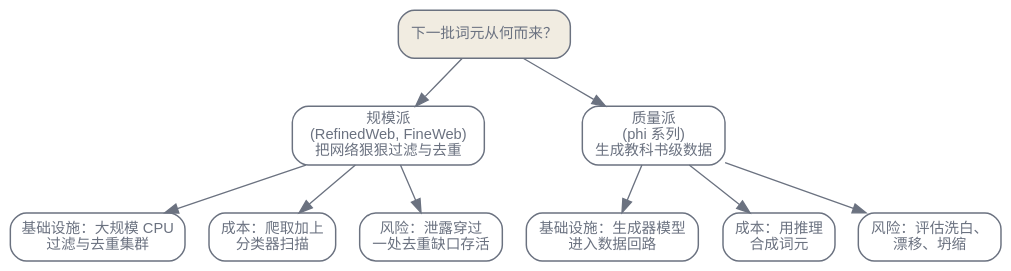
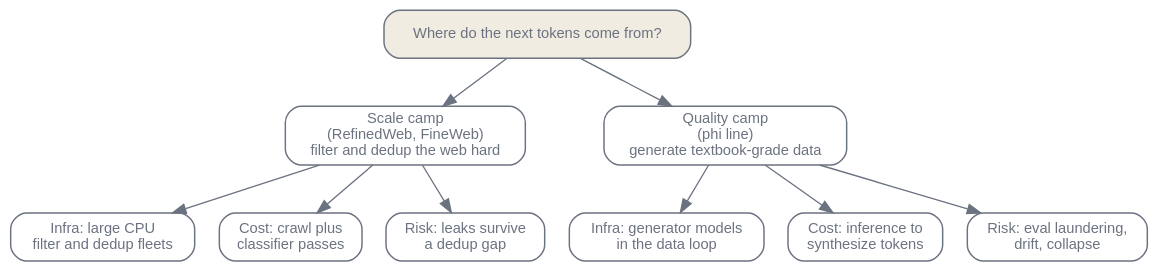
One commit to latere-ai/ai-as-an-infrastructure changed the third of 3 diagrams in zh/p1-foundations/04-data-curation.qmd. Above: the diagram before and after it, drawn with Graphviz. The commit also changed other lines of this file and 106 other files, not shown here.

````diff
--- a/zh/p1-foundations/04-data-curation.qmd
+++ b/zh/p1-foundations/04-data-curation.qmd
@@ -213,33 +137,33 @@
 ```{dot}
 //| label: fig-data-curation-debate
 //| fig-cap: "规模与质量之争为何未定论：每一派都意味着不同的栈、成本结构与污染风险，因此这一抉择并非单一可调的比值。"
 digraph {
   rankdir=TB;
   bgcolor="transparent";
   node [shape=box, style=rounded, fontsize=11, fontname="Helvetica", color="#6b7280", fontcolor="#6b7280", penwidth=1.1];
   edge [color="#6b7280", fontcolor="#6b7280"];
 
-  Q ["label"="下一批词元从何而来？", shape=box, style="rounded,filled", fillcolor="#f1ece1"];
+  Q ["label"="Where do the next tokens come from?", shape=box, style="rounded,filled", fillcolor="#f1ece1"];
 
-  Scale ["label"="规模派\n(RefinedWeb, FineWeb)\n把网络狠狠过滤与去重"];
-  Quality ["label"="质量派\n(phi 系列)\n生成教科书级数据"];
+  Scale ["label"="Scale camp\n(RefinedWeb, FineWeb)\nfilter and dedup the web hard"];
+  Quality ["label"="Quality camp\n(phi line)\ngenerate textbook-grade data"];
 
   Q -> Scale;
   Q -> Quality;
 
-  ScaleInfra ["label"="基础设施：大规模 CPU\n过滤与去重集群"];
-  ScaleCost ["label"="成本：爬取加上\n分类器扫描"];
-  ScaleRisk ["label"="风险：泄露穿过\n一处去重缺口存活"];
+  ScaleInfra ["label"="Infra: large CPU\nfilter and dedup fleets"];
+  ScaleCost ["label"="Cost: crawl plus\nclassifier passes"];
+  ScaleRisk ["label"="Risk: leaks survive\na dedup gap"];
 
-  QualInfra ["label"="基础设施：生成器模型\n进入数据回路"];
-  QualCost ["label"="成本：用推理\n合成词元"];
-  QualRisk ["label"="风险：评估洗白、\n漂移、坍缩"];
+  QualInfra ["label"="Infra: generator models\nin the data loop"];
+  QualCost ["label"="Cost: inference to\nsynthesize tokens"];
+  QualRisk ["label"="Risk: eval laundering,\ndrift, collapse"];
 
   Scale -> ScaleInfra;
   Scale -> ScaleCost;
   Scale -> ScaleRisk;
   Quality -> QualInfra;
   Quality -> QualCost;
   Quality -> QualRisk;
 }
 ```
````
